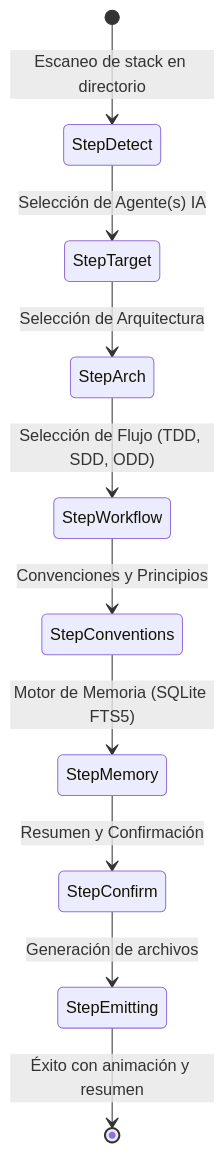
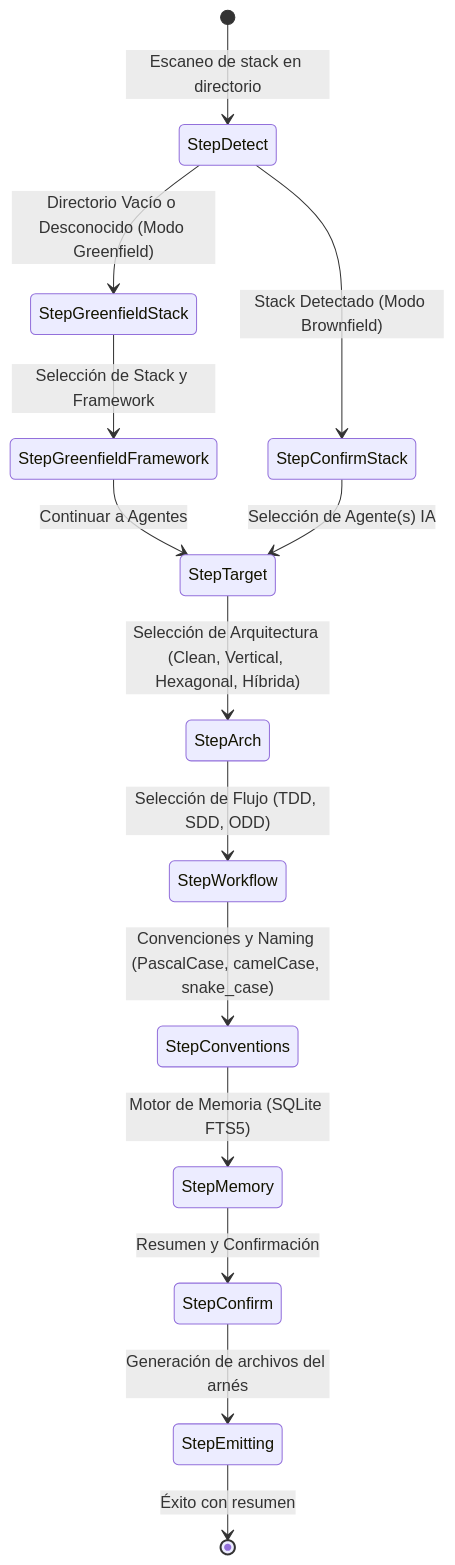
One commit to FakuInsa/harness-up changed the diagram in docs/specs/03-cli-wizard-and-ux.md. Above: the diagram before and after it, drawn with Mermaid. The commit also changed other lines of this file and 7 other files, not shown here.

Commit message:
docs(governance): standardize sdd workflow, naming conventions, and branch strategy (ADR-001 to ADR-005)

````diff
--- a/docs/specs/03-cli-wizard-and-ux.md
+++ b/docs/specs/03-cli-wizard-and-ux.md
@@ -40,12 +40,18 @@
 ```mermaid
 stateDiagram-v2
     [*] --> StepDetect: Escaneo de stack en directorio
-    StepDetect --> StepTarget: Selección de Agente(s) IA
-    StepTarget --> StepArch: Selección de Arquitectura
+    StepDetect --> StepConfirmStack: Stack Detectado (Modo Brownfield)
+    StepDetect --> StepGreenfieldStack: Directorio Vacío o Desconocido (Modo Greenfield)
+    
+    StepGreenfieldStack --> StepGreenfieldFramework: Selección de Stack y Framework
+    StepGreenfieldFramework --> StepTarget: Continuar a Agentes
+    
+    StepConfirmStack --> StepTarget: Selección de Agente(s) IA
+    StepTarget --> StepArch: Selección de Arquitectura (Clean, Vertical, Hexagonal, Híbrida)
     StepArch --> StepWorkflow: Selección de Flujo (TDD, SDD, ODD)
-    StepWorkflow --> StepConventions: Convenciones y Principios
+    StepWorkflow --> StepConventions: Convenciones y Naming (PascalCase, camelCase, snake_case)
     StepConventions --> StepMemory: Motor de Memoria (SQLite FTS5)
     StepMemory --> StepConfirm: Resumen y Confirmación
-    StepConfirm --> StepEmitting: Generación de archivos
-    StepEmitting --> [*]: Éxito con animación y resumen
+    StepConfirm --> StepEmitting: Generación de archivos del arnés
+    StepEmitting --> [*]: Éxito con resumen
 ```
````
